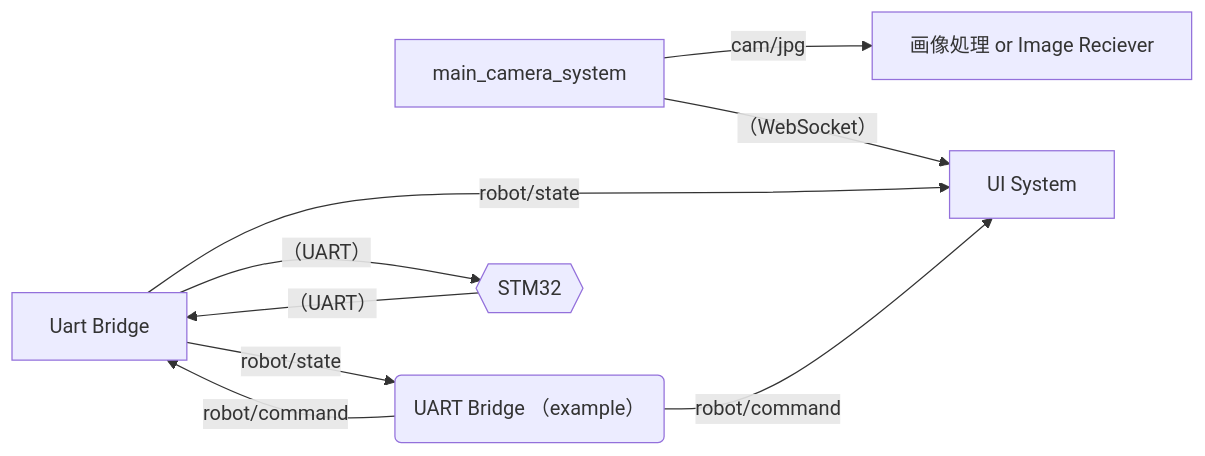
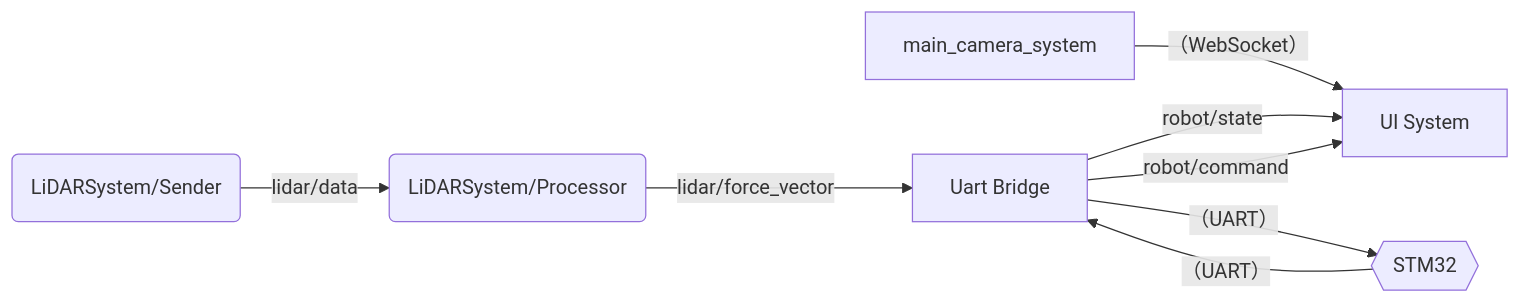
The diagram in README.md (CoRE-MA-KING/roboapp), drawn with Mermaid before and after one commit. The commit also changed other lines of this file, not shown here.

````diff
--- a/README.md
+++ b/README.md
@@ -37,19 +39,18 @@
 ```mermaid
     flowchart LR
 
     A[main_camera_system]
     B[UI System]
-    C[画像処理 or Image Reciever]
     U[Uart Bridge]
-    E(UART Bridge （example）)
     M{{STM32}}
+    LS(LiDARSystem/Sender)
+    LP(LiDARSystem/Processor)
 
     A -- （WebSocket）--> B
-    A -- cam/jpg --> C
     U -- robot/state --> B
-    U -- robot/state --> E
-    E -- robot/command --> U
-    E -- robot/command --> B
+    U -- robot/command --> B
+    LS -- lidar/data --> LP
+    LP -- lidar/force_vector --> U
     U -- （UART） --> M
     M -- （UART） --> U
 ```
````
